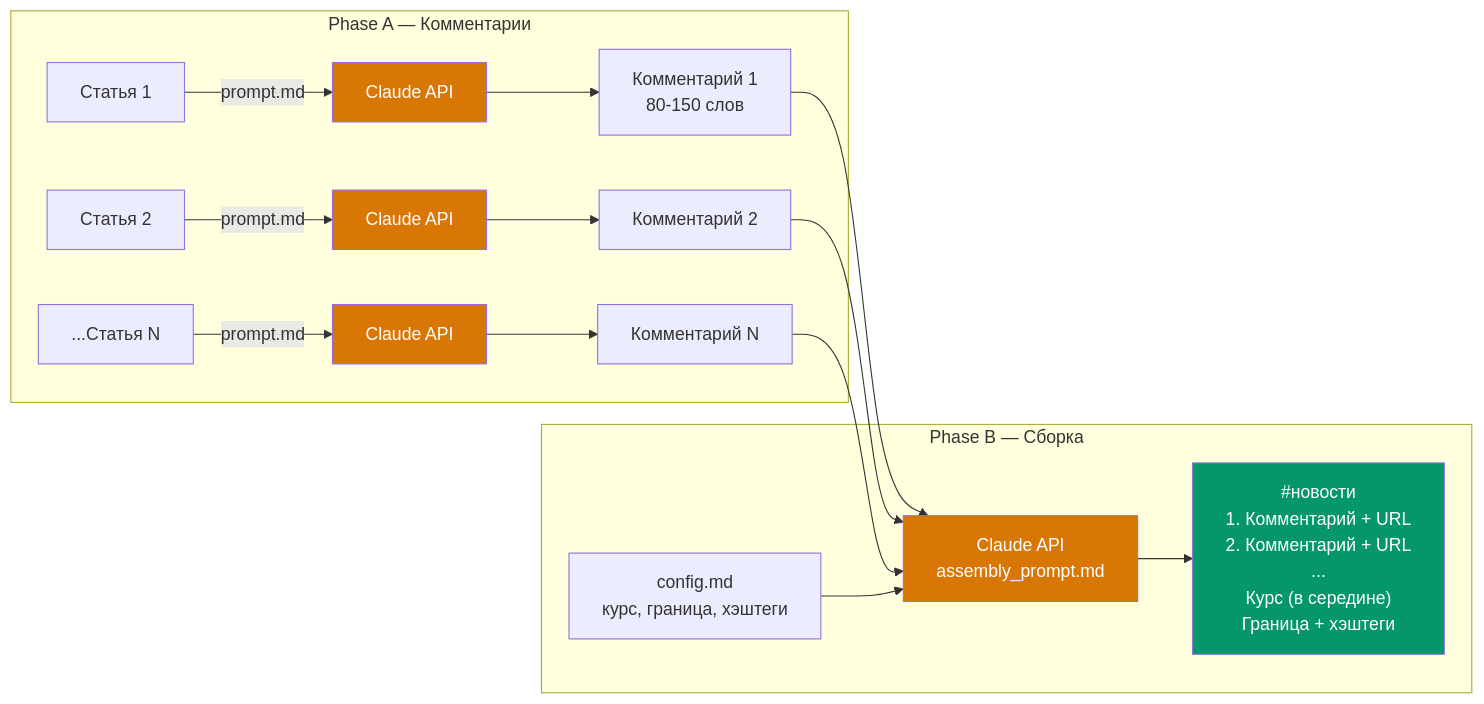
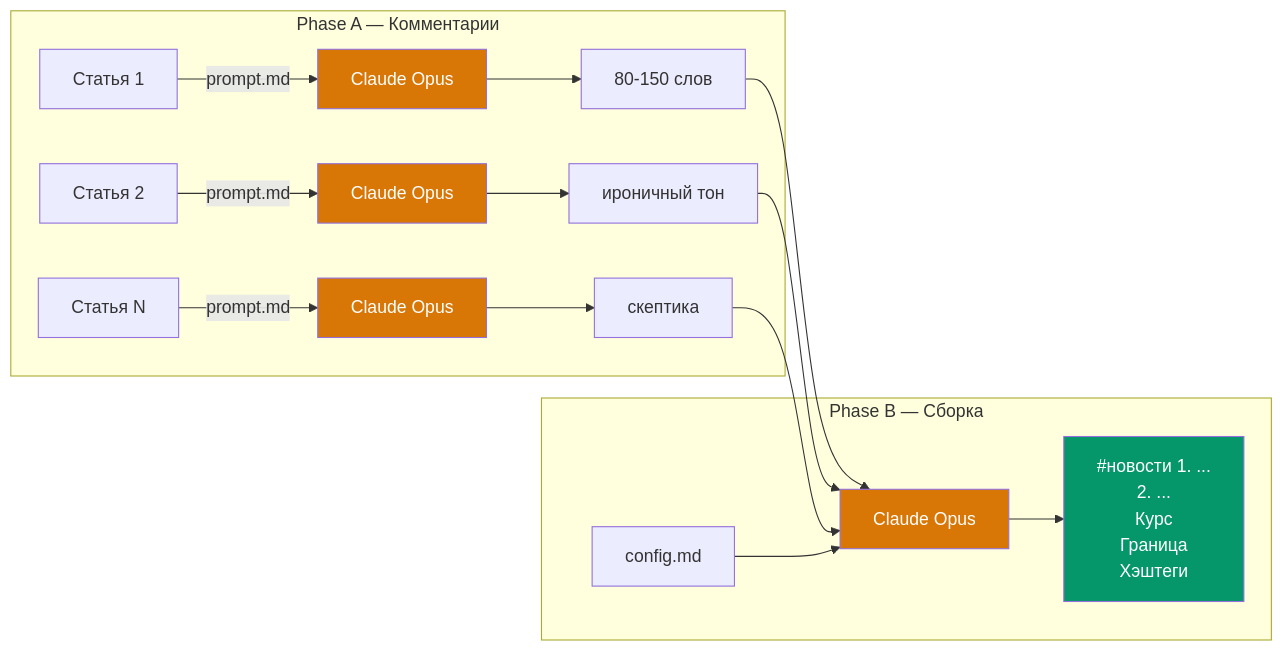
One commit to AI-agents-incubator/news changed the second of 4 diagrams in README.md. Above: the diagram before and after it, drawn with Mermaid. The commit also changed other lines of this file, not shown here.

First line of the commit message:
Redesign README with badges, Mermaid diagrams, and fork instructions

````diff
--- a/README.md
+++ b/README.md
@@ -86,25 +122,25 @@
 ```mermaid
 flowchart LR
     subgraph "Phase A — Комментарии"
-        A1[Статья 1] -->|prompt.md| C1[Claude API]
-        A2[Статья 2] -->|prompt.md| C2[Claude API]
-        A3[...Статья N] -->|prompt.md| C3[Claude API]
-        C1 --> R1[Комментарий 1<br/>80-150 слов]
-        C2 --> R2[Комментарий 2]
-        C3 --> R3[Комментарий N]
+        A1[Статья 1] -->|prompt.md| C1[Claude Opus]
+        A2[Статья 2] -->|prompt.md| C2[Claude Opus]
+        A3[Статья N] -->|prompt.md| C3[Claude Opus]
+        C1 --> R1[80-150 слов]
+        C2 --> R2[ироничный тон]
+        C3 --> R3[скептика]
     end
 
     subgraph "Phase B — Сборка"
-        R1 --> ASM[Claude API<br/>assembly_prompt.md]
+        R1 --> ASM[Claude Opus]
         R2 --> ASM
         R3 --> ASM
-        CFG[config.md<br/>курс, граница, хэштеги] --> ASM
-        ASM --> DIGEST["#новости<br/>1. Комментарий + URL<br/>2. Комментарий + URL<br/>...<br/>Курс (в середине)<br/>Граница + хэштеги"]
+        CFG[config.md] --> ASM
+        ASM --> DIGEST["#новости  1. ...<br/>2. ...<br/>Курс<br/>Граница<br/>Хэштеги"]
     end
 
     style C1 fill:#d97706,color:#fff
     style C2 fill:#d97706,color:#fff
     style C3 fill:#d97706,color:#fff
     style ASM fill:#d97706,color:#fff
     style DIGEST fill:#059669,color:#fff
 ```
````
